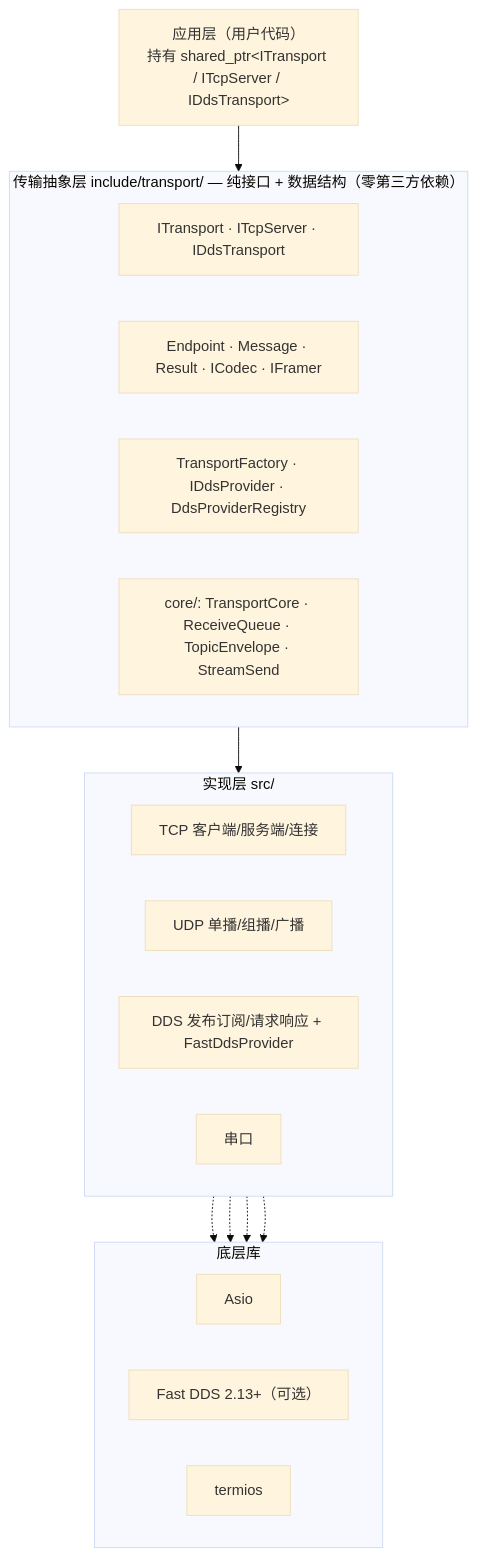
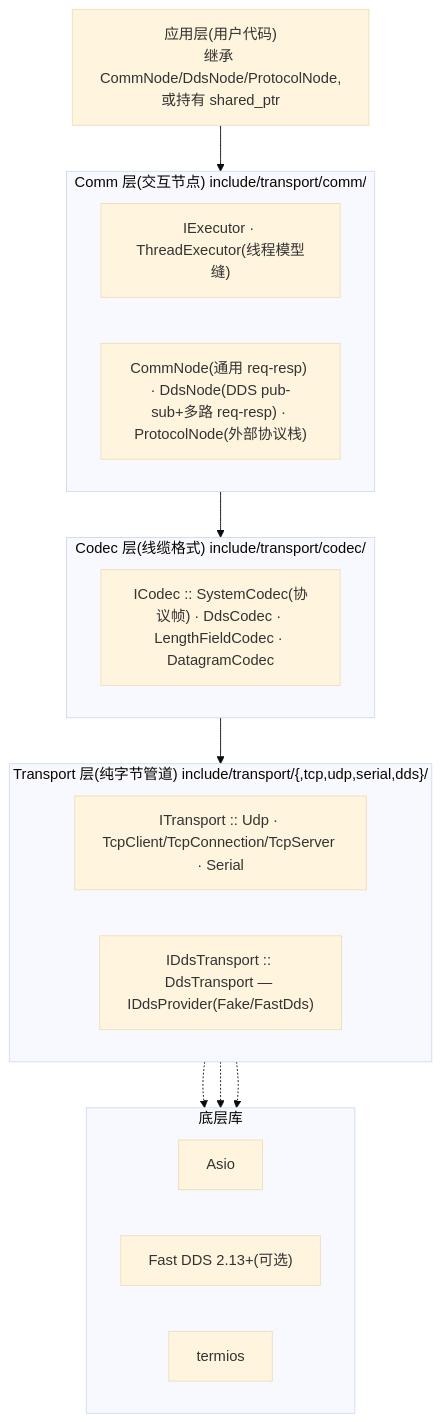
Before and after one commit to Ste7an-cs/Transport: the first of 3 diagrams in docs/设计说明书.md, drawn with Mermaid (base theme). The commit also changed other lines of this file and 3 other files, not shown here.

Commit message:
docs: 同步 CHANGELOG/README/SRS/SDD 至 0.2.0 三层架构(Transport 管道/ICodec 线缆/Comm 节点:CommNode·DdsNode·ProtocolNode)

````diff
--- a/docs/设计说明书.md
+++ b/docs/设计说明书.md
@@ -19,29 +21,24 @@
 ```mermaid
 flowchart TB
-  App["应用层（用户代码）<br/>持有 shared_ptr&lt;ITransport / ITcpServer / IDdsTransport&gt;"]
-  subgraph Abstraction["传输抽象层 include/transport/ — 纯接口 + 数据结构（零第三方依赖）"]
+  App["应用层(用户代码)<br/>继承 CommNode/DdsNode/ProtocolNode,或持有 shared_ptr"]
+  subgraph L3["Comm 层(交互节点) include/transport/comm/"]
     direction LR
-    A1["ITransport · ITcpServer · IDdsTransport"]
-    A2["Endpoint · Message · Result · ICodec · IFramer"]
-    A3["TransportFactory · IDdsProvider · DdsProviderRegistry"]
-    A4["core/: TransportCore · ReceiveQueue · TopicEnvelope · StreamSend"]
+    E["IExecutor · ThreadExecutor(线程模型缝)"]
+    N["CommNode(通用 req-resp) · DdsNode(DDS pub-sub+多路 req-resp) · ProtocolNode(外部协议栈)"]
   end
-  subgraph Impl["实现层 src/"]
+  subgraph L2["Codec 层(线缆格式) include/transport/codec/"]
     direction LR
-    TCP["TCP 客户端/服务端/连接"]
-    UDP["UDP 单播/组播/广播"]
-    DDS["DDS 发布订阅/请求响应 + FastDdsProvider"]
-    Serial["串口"]
+    C["ICodec :: SystemCodec(协议帧) · DdsCodec · LengthFieldCodec · DatagramCodec"]
+  end
+  subgraph L1["Transport 层(纯字节管道) include/transport/{,tcp,udp,serial,dds}/"]
+    direction LR
+    T["ITransport :: Udp · TcpClient/TcpConnection/TcpServer · Serial"]
+    D["IDdsTransport :: DdsTransport — IDdsProvider(Fake/FastDds)"]
   end
   subgraph Libs["底层库"]
     direction LR
-    asio["Asio"]
-    fastdds["Fast DDS 2.13+（可选）"]
-    termios["termios"]
+    asio["Asio"]; fastdds["Fast DDS 2.13+(可选)"]; termios["termios"]
   end
-  App --> Abstraction --> Impl
-  TCP -.-> asio
-  UDP -.-> asio
-  Serial -.-> termios
-  DDS -.-> fastdds
+  App --> L3 --> L2 --> L1
+  T -.-> asio; D -.-> fastdds; T -.-> termios
 ```
````
